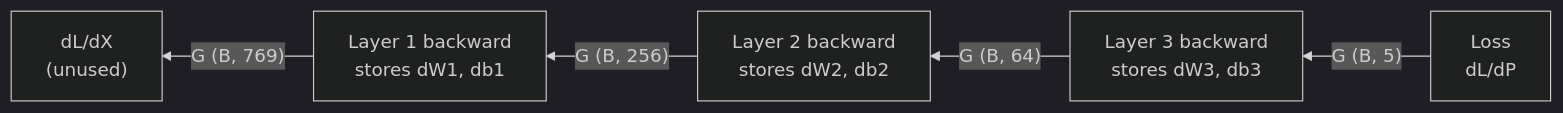
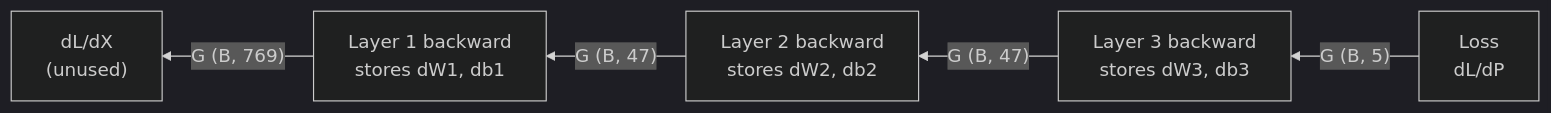
The third of 4 diagrams in docs/my_torch.md (Eukyrios/my_torch), drawn with Mermaid (dark theme) before and after one commit. The commit also changed other lines of this file, not shown here.

````diff
--- a/docs/my_torch.md
+++ b/docs/my_torch.md
@@ -275,7 +289,7 @@
 ```mermaid
 flowchart RL
     Loss["Loss<br/>dL/dP"] -->|"G (B, 5)"| B3["Layer 3 backward<br/>stores dW3, db3"]
-    B3 -->|"G (B, 64)"| B2["Layer 2 backward<br/>stores dW2, db2"]
-    B2 -->|"G (B, 256)"| B1["Layer 1 backward<br/>stores dW1, db1"]
+    B3 -->|"G (B, 47)"| B2["Layer 2 backward<br/>stores dW2, db2"]
+    B2 -->|"G (B, 47)"| B1["Layer 1 backward<br/>stores dW1, db1"]
     B1 -->|"G (B, 769)"| In["dL/dX<br/>(unused)"]
 ```
````
